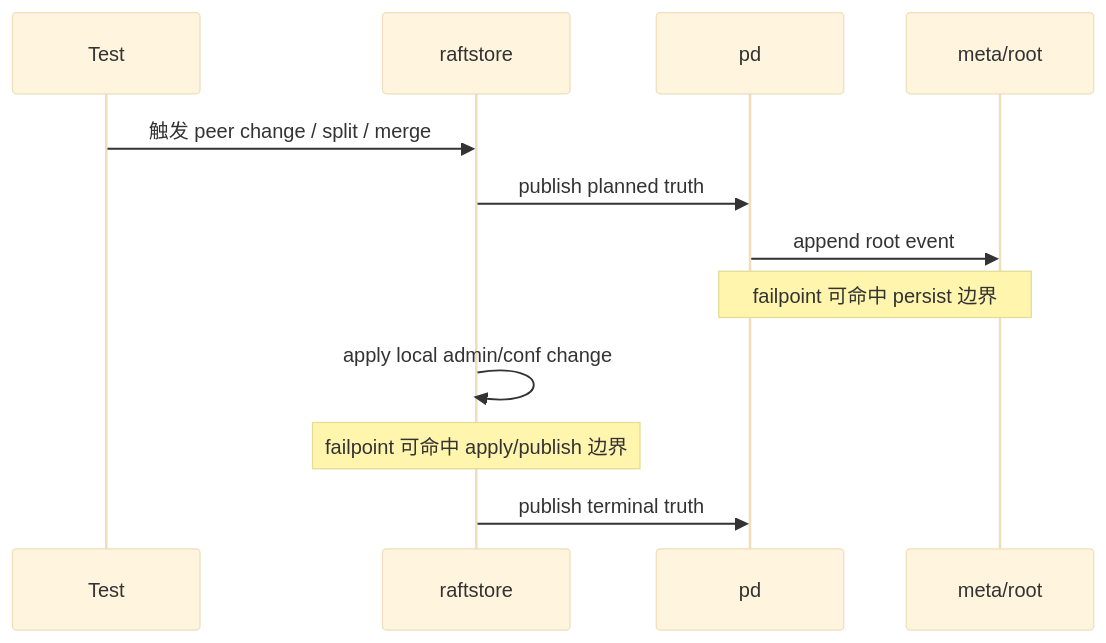
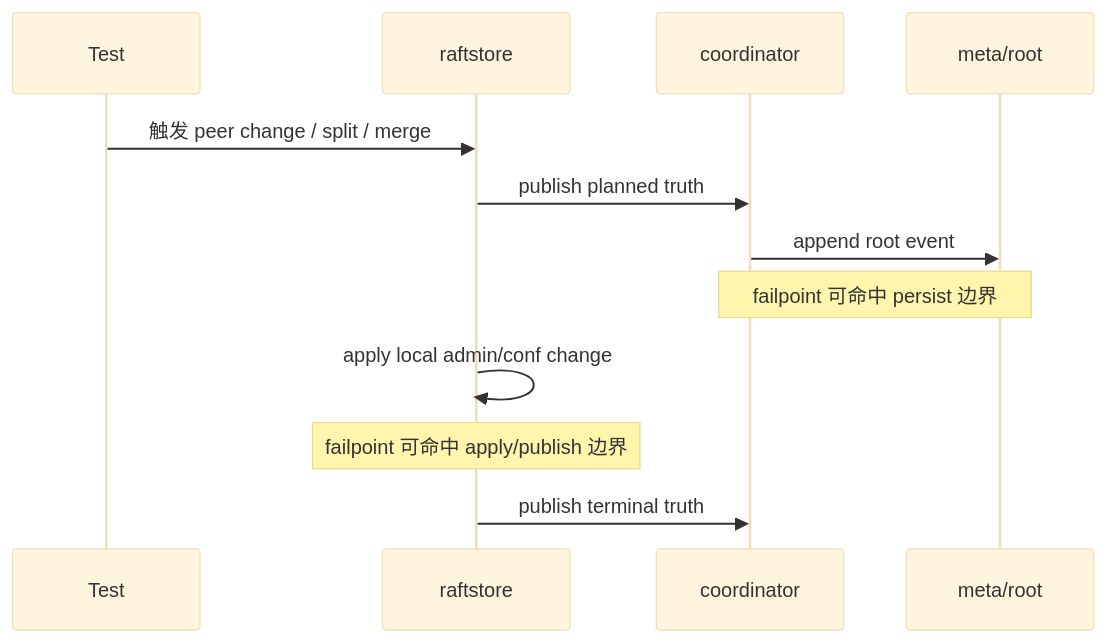
Before and after one commit to feichai0017/NoKV: the second of 2 diagrams in docs/notes/2026-03-30-distributed-testing-and-failpoints.md, drawn with Mermaid (base theme). The commit also changed other lines of this file and 14 other files, not shown here.

````diff
--- a/docs/notes/2026-03-30-distributed-testing-and-failpoints.md
+++ b/docs/notes/2026-03-30-distributed-testing-and-failpoints.md
@@ -125,15 +125,15 @@
 ```mermaid
 sequenceDiagram
     participant T as Test
     participant RS as raftstore
-    participant PD as pd
+    participant Coordinator as coordinator
     participant MR as meta/root
 
     T->>RS: 触发 peer change / split / merge
-    RS->>PD: publish planned truth
-    PD->>MR: append root event
-    Note over PD,MR: failpoint 可命中 persist 边界
+    RS->>Coordinator: publish planned truth
+    Coordinator->>MR: append root event
+    Note over Coordinator,MR: failpoint 可命中 persist 边界
     RS->>RS: apply local admin/conf change
     Note over RS: failpoint 可命中 apply/publish 边界
-    RS->>PD: publish terminal truth
+    RS->>Coordinator: publish terminal truth
 ```
````
